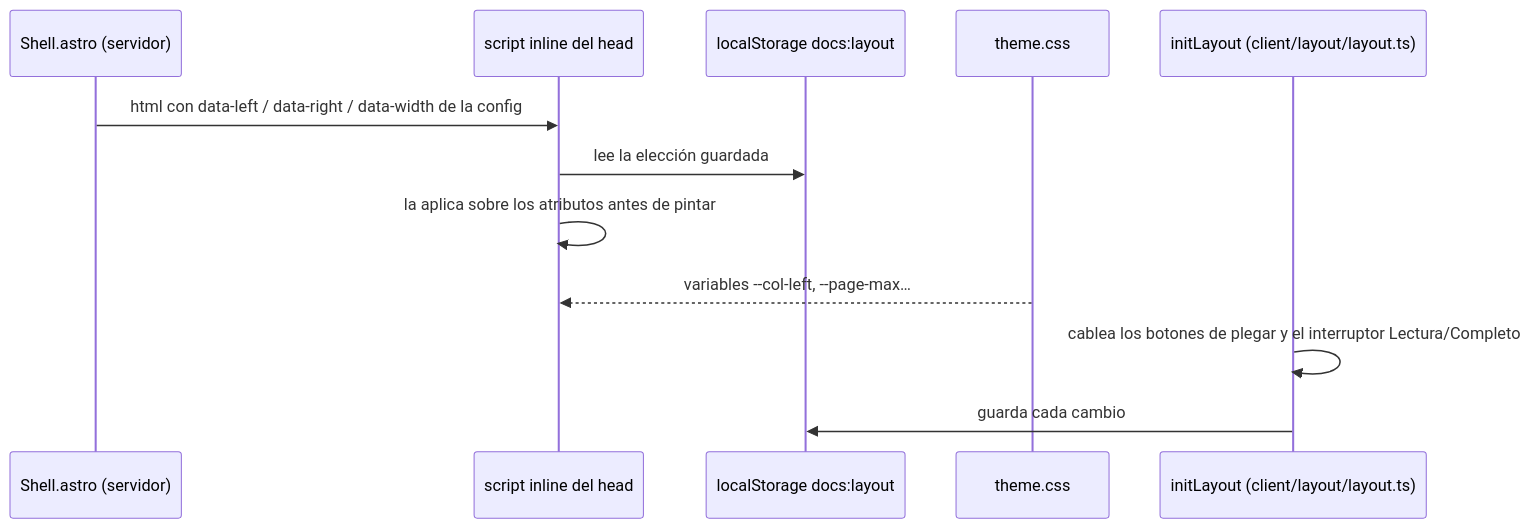
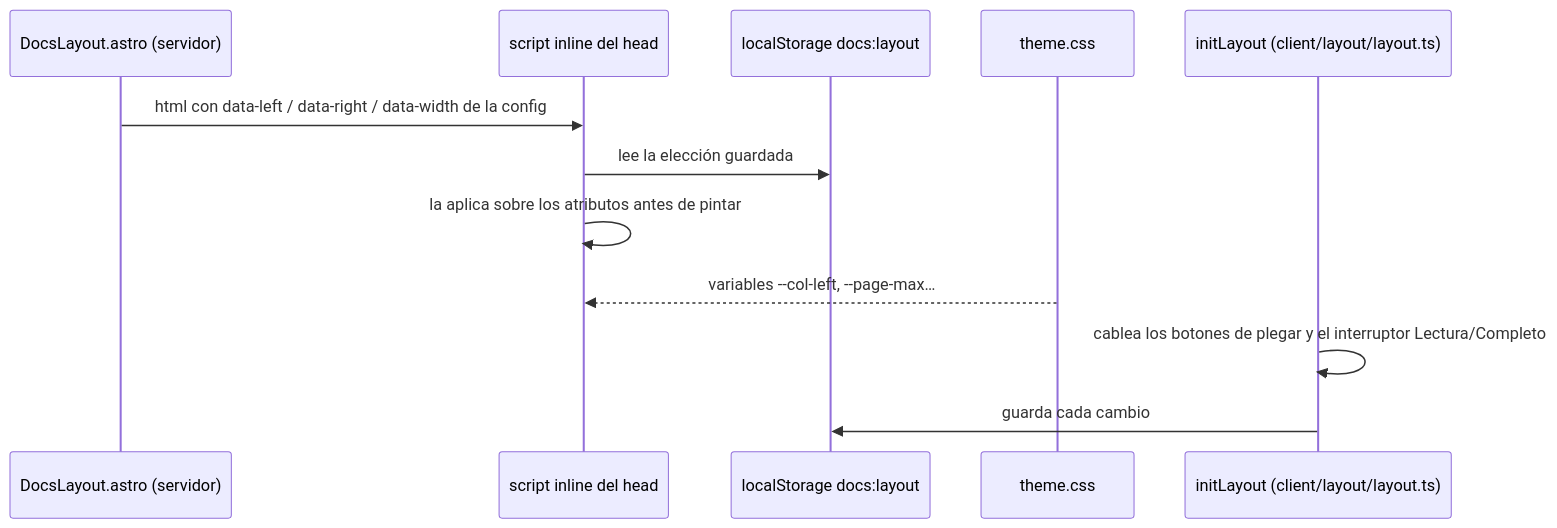
One commit to velezanthony/design changed the diagram in docs/src/content/docs/integracion/disposicion.md. Above: the diagram before and after it, drawn with Mermaid. The commit also changed other lines of this file and 10 other files, not shown here.

First line of the commit message:
refactor(layouts)!: BaseLayout replaces Shell and imposes no body layout

````diff
--- a/docs/src/content/docs/integracion/disposicion.md
+++ b/docs/src/content/docs/integracion/disposicion.md
@@ -40,14 +40,14 @@
 ```mermaid
 sequenceDiagram
-  participant Sv as Shell.astro (servidor)
+  participant Sv as DocsLayout.astro (servidor)
   participant H as script inline del head
   participant S as localStorage docs:layout
   participant C as theme.css
   participant L as initLayout (client/layout/layout.ts)
   Sv->>H: html con data-left / data-right / data-width de la config
   H->>S: lee la elección guardada
   H->>H: la aplica sobre los atributos antes de pintar
   C-->>H: variables --col-left, --page-max…
   L->>L: cablea los botones de plegar y el interruptor Lectura/Completo
   L->>S: guarda cada cambio
 ```
````
